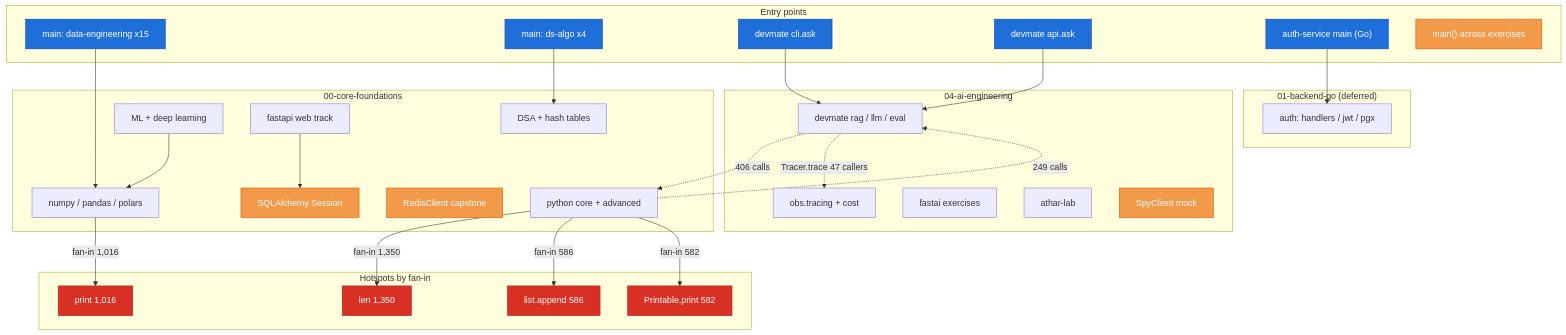
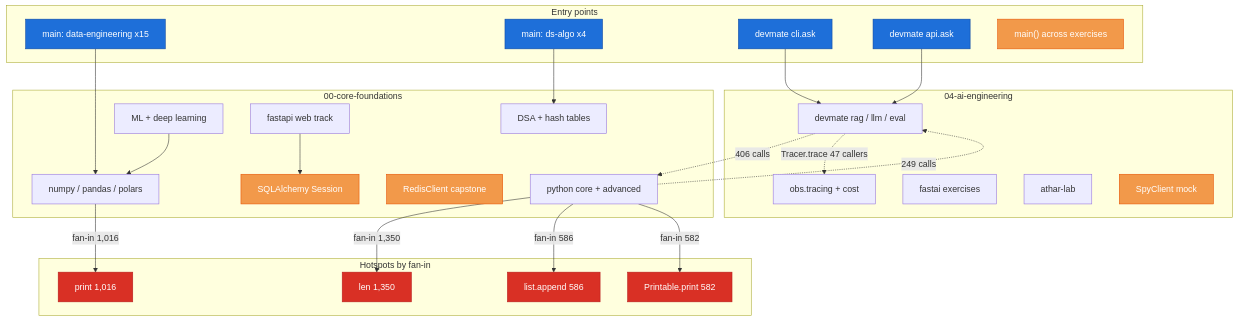
Before and after one commit to Kandil7/ai-engineer-lab: the diagram in docs/CODEBASE-INTELLIGENCE.md, drawn with Mermaid. The commit also changed other lines of this file and 43 other files, not shown here.

````diff
--- a/docs/CODEBASE-INTELLIGENCE.md
+++ b/docs/CODEBASE-INTELLIGENCE.md
@@ -58,59 +58,53 @@
 ```mermaid
 graph TD
     subgraph EP["Entry points"]
         EP_DATA["main: data-engineering x15"]:::entry
         EP_DS["main: ds-algo x4"]:::entry
         EP_CLI["devmate cli.ask"]:::entry
         EP_API["devmate api.ask"]:::entry
-        EP_GO["auth-service main (Go)"]:::entry
         MAIN["main() across exercises"]:::god
     end
 
     subgraph CORE["00-core-foundations"]
         PY_CORE["python core + advanced"]
         PY_LIBS["numpy / pandas / polars"]
         PY_DSA["DSA + hash tables"]
         PY_ML["ML + deep learning"]
         PY_WEB["fastapi web track"]
         REDIS["RedisClient capstone"]:::god
         SESSION["SQLAlchemy Session"]:::god
     end
 
     subgraph HOT["Hotspots by fan-in"]
         H_LEN["len 1,350"]:::hot
         H_PRINT["print 1,016"]:::hot
         H_APPEND["list.append 586"]:::hot
         H_METHODS["Printable.print 582"]:::hot
     end
 
     subgraph AI["04-ai-engineering"]
         DEVMATE["devmate rag / llm / eval"]
         OBS["obs.tracing + cost"]
         FASTAI["fastai exercises"]
         ATHAR["athar-lab"]
         SPY["SpyClient mock"]:::god
     end
 
-    subgraph GO["01-backend-go (deferred)"]
-        GO_AUTH["auth: handlers / jwt / pgx"]
-    end
-
     EP_DATA --> PY_LIBS
     EP_DS --> PY_DSA
     EP_CLI --> DEVMATE
     EP_API --> DEVMATE
-    EP_GO --> GO_AUTH
     DEVMATE -.->|"406 calls"| PY_CORE
     PY_CORE -.->|"249 calls"| DEVMATE
     DEVMATE -.->|"Tracer.trace 47 callers"| OBS
     PY_ML --> PY_LIBS
     PY_WEB --> SESSION
     PY_CORE -->|"fan-in 1,350"| H_LEN
     PY_LIBS -->|"fan-in 1,016"| H_PRINT
     PY_CORE -->|"fan-in 586"| H_APPEND
     PY_CORE -->|"fan-in 582"| H_METHODS
 
     classDef entry fill:#1e6fd9,color:#fff,stroke:#0d47a1
     classDef hot fill:#d93025,color:#fff,stroke:#b71c1c
     classDef god fill:#f2994a,color:#fff,stroke:#e65100
 ```
````
